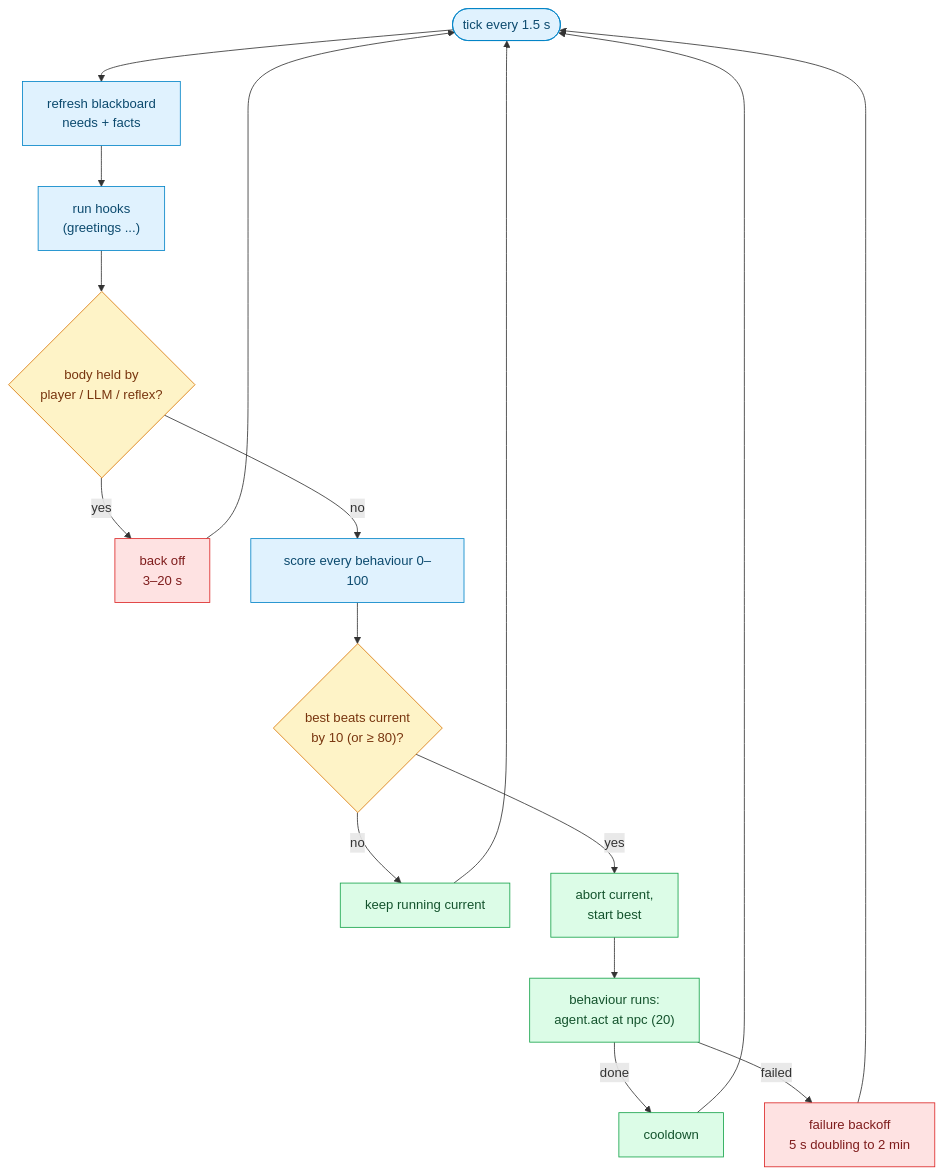
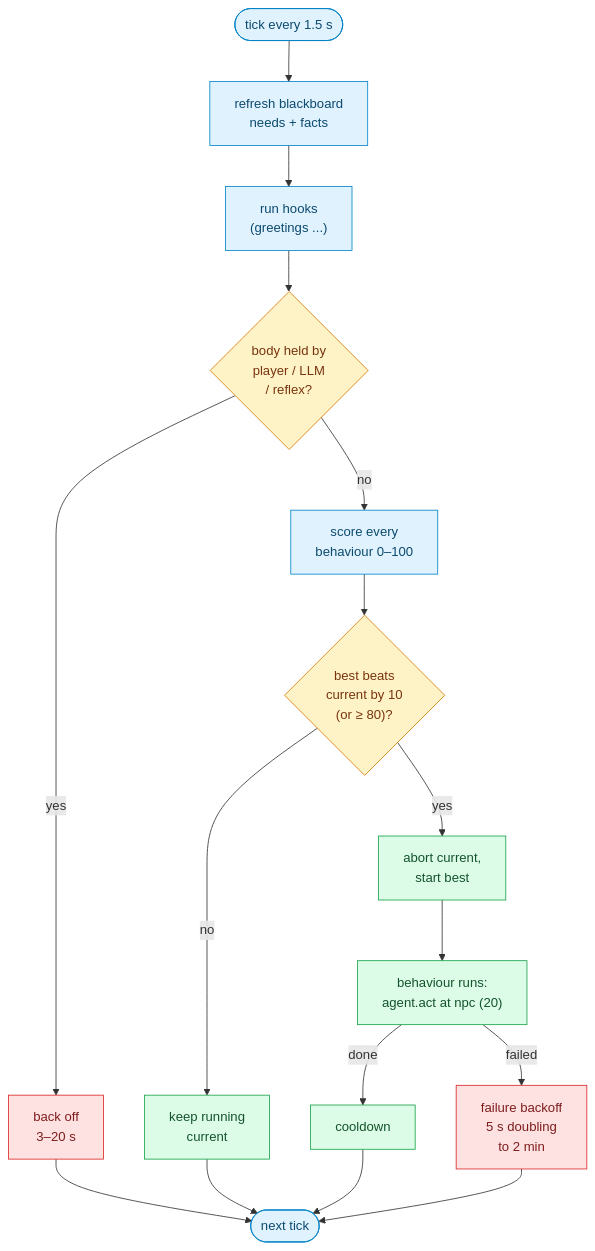
One commit to thereisnotime/golemkit changed the diagram in docs/guide/npc-brain.md. Above: the diagram before and after it, drawn with Mermaid. The commit also changed 20 other files, not shown here.

First line of the commit message:
Docs: replace the last ASCII diagrams with mermaid, make wide charts top-down to fit the column

````diff
--- a/docs/guide/npc-brain.md
+++ b/docs/guide/npc-brain.md
@@ -52,21 +52,23 @@
 ```mermaid
-flowchart TB
+flowchart TD
   TICK(["tick every 1.5 s"]) --> BB["refresh blackboard<br/>needs + facts"]
   BB --> HK["run hooks<br/>(greetings ...)"]
-  HK --> HELD{"body held by<br/>player / LLM / reflex?"}
-  HELD -- yes --> BACK["back off<br/>3–20 s"] --> TICK
-  HELD -- no --> SC["score every behaviour 0–100"]
-  SC --> PICK{"best beats current<br/>by 10 (or ≥ 80)?"}
-  PICK -- no --> KEEP["keep running current"] --> TICK
-  PICK -- yes --> SW["abort current,<br/>start best"] --> RUN["behaviour runs:<br/>agent.act at npc (20)"]
-  RUN -- done --> CD["cooldown"] --> TICK
-  RUN -- failed --> FB["failure backoff<br/>5 s doubling to 2 min"] --> TICK
+  HK --> HELD{"body held by<br/>player / LLM<br/>/ reflex?"}
+  HELD -- yes --> BACK["back off<br/>3–20 s"]
+  HELD -- no --> SC["score every<br/>behaviour 0–100"]
+  SC --> PICK{"best beats<br/>current by 10<br/>(or ≥ 80)?"}
+  PICK -- no --> KEEP["keep running<br/>current"]
+  PICK -- yes --> SW["abort current,<br/>start best"]
+  SW --> RUN["behaviour runs:<br/>agent.act at npc (20)"]
+  RUN -- done --> CD["cooldown"]
+  RUN -- failed --> FB["failure backoff<br/>5 s doubling<br/>to 2 min"]
+  BACK & KEEP & CD & FB --> NEXT(["next tick"])
   classDef a fill:#e0f2fe,stroke:#0284c7,color:#0c4a6e
   classDef d fill:#fef3c7,stroke:#d97706,color:#78350f
   classDef g fill:#dcfce7,stroke:#16a34a,color:#14532d
   classDef r fill:#fee2e2,stroke:#dc2626,color:#7f1d1d
-  class TICK,BB,HK,SC a
+  class TICK,BB,HK,SC,NEXT a
   class HELD,PICK d
   class SW,RUN,KEEP,CD g
   class BACK,FB r
 ```
````
